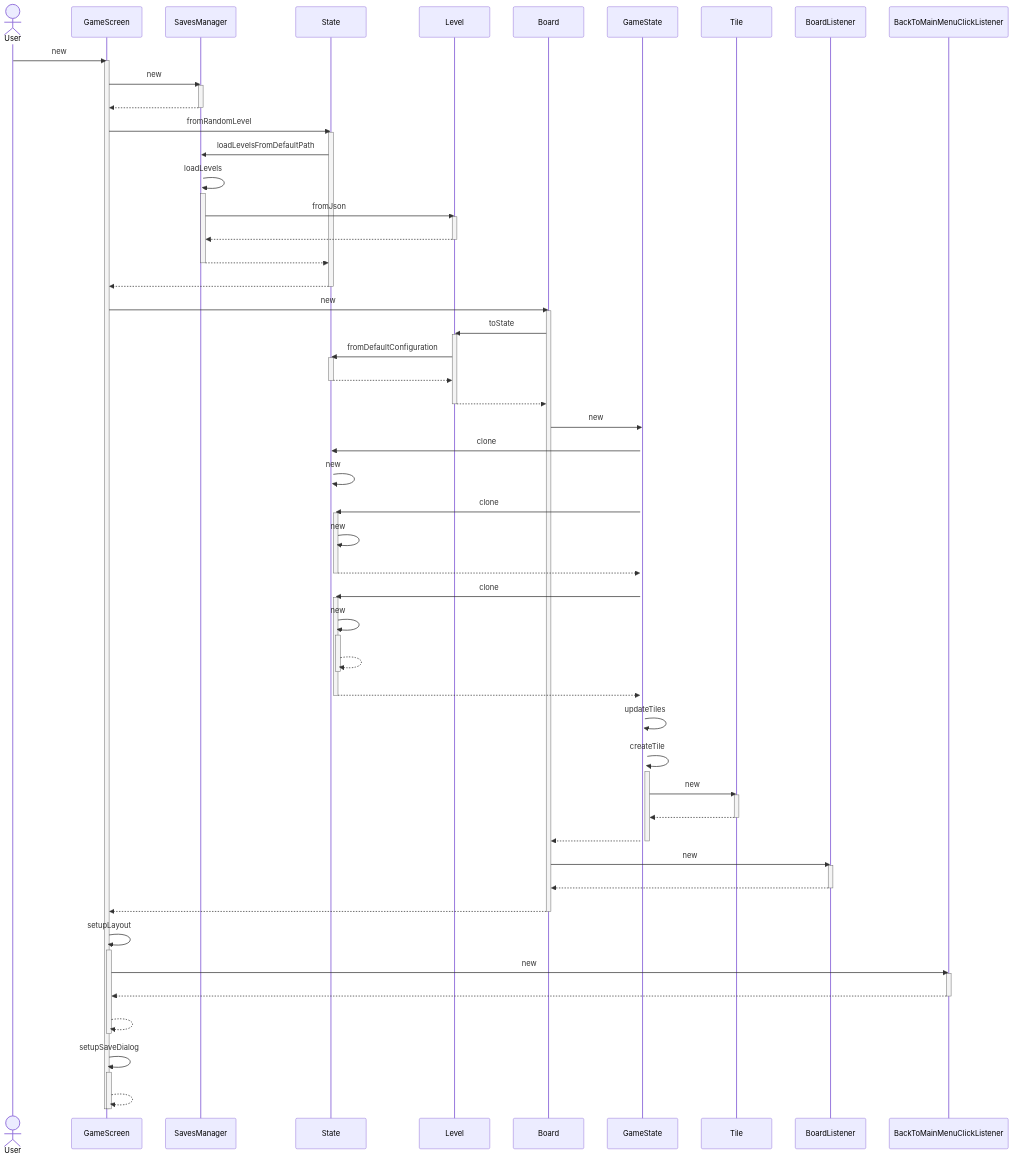
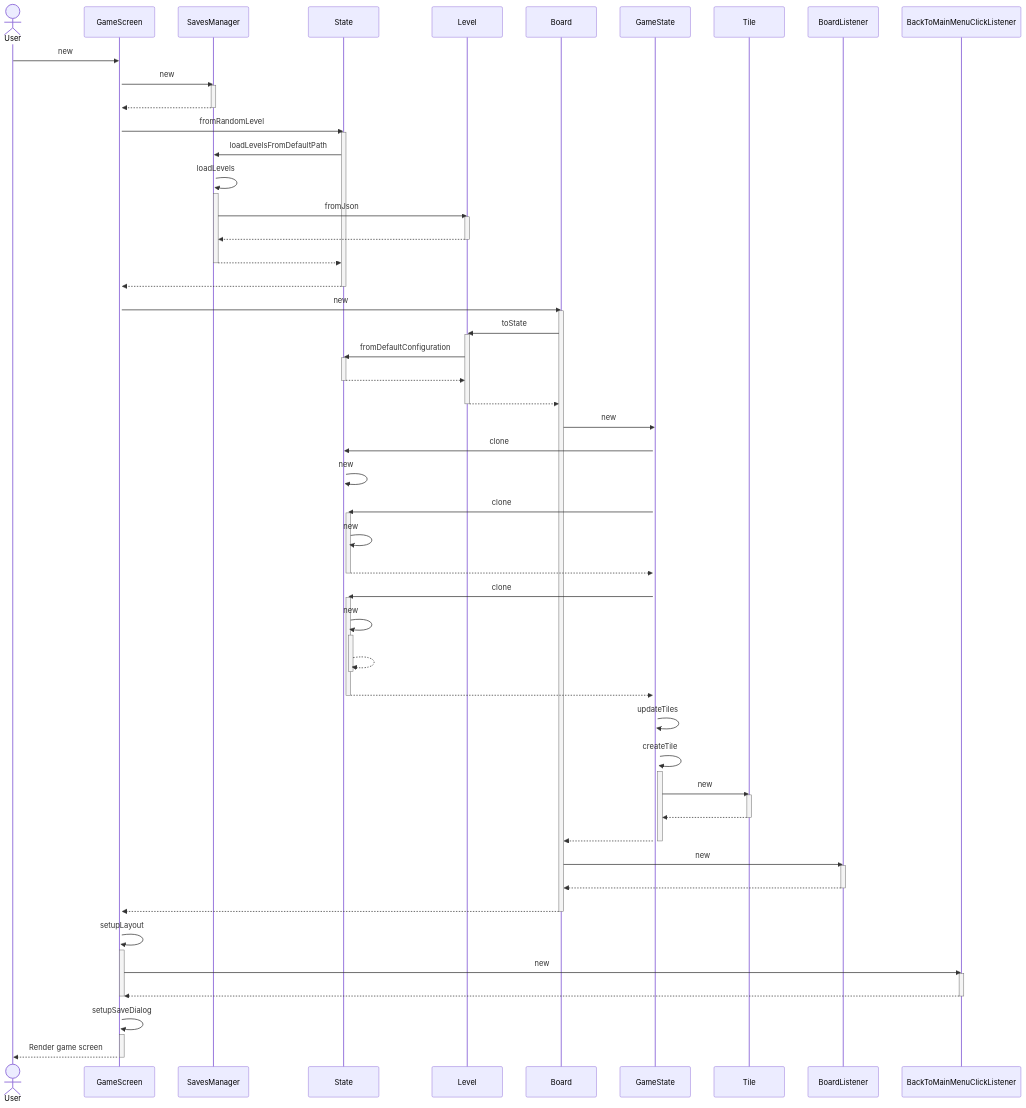
One commit to BIRSAx2/klotski changed the fourth of 4 diagrams in docs/sequence_diagram/index.md. Above: the diagram before and after it, drawn with Mermaid. The commit also changed other lines of this file, not shown here.

Commit message:
added placeholders for sequence diagram

````diff
--- a/docs/sequence_diagram/index.md
+++ b/docs/sequence_diagram/index.md
@@ -192,14 +192,10 @@
 BackToMainMenuClickListener -->> GameScreen : #32; 
 deactivate BackToMainMenuClickListener
 
-
-GameScreen -->> GameScreen : #32; 
 deactivate GameScreen
 GameScreen ->> GameScreen : setupSaveDialog
 activate GameScreen
 
-GameScreen -->> GameScreen : #32; 
+GameScreen -->> User: Render game screen
 deactivate GameScreen
-deactivate GameScreen
-
 ```
````
